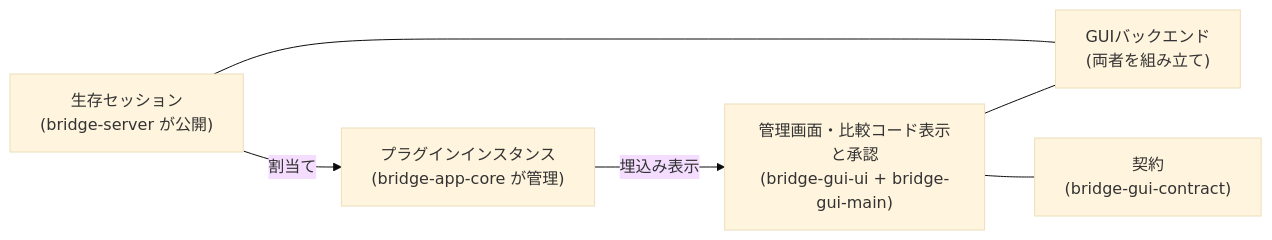
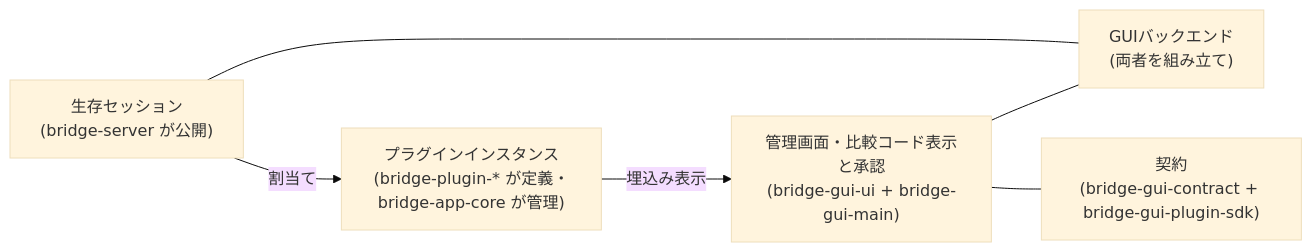
The diagram in design/bridge-app.md (WebXR-JP/xrift-bridge), drawn with Mermaid (base theme) before and after one commit. The commit also changed other lines of this file and 6 other files, not shown here.

````diff
--- a/design/bridge-app.md
+++ b/design/bridge-app.md
@@ -7,8 +7,8 @@
 ```mermaid
 flowchart LR
-    S["生存セッション<br/>(bridge-server が公開)"] -->|"割当て"| P["プラグインインスタンス<br/>(bridge-app-core が管理)"]
+    S["生存セッション<br/>(bridge-server が公開)"] -->|"割当て"| P["プラグインインスタンス<br/>(bridge-plugin-* が定義・bridge-app-core が管理)"]
     P -->|"埋込み表示"| G["管理画面・比較コード表示と承認<br/>(bridge-gui-ui + bridge-gui-main)"]
     G --- B["GUIバックエンド<br/>(両者を組み立て)"]
     B --- S
-    G --- C["契約<br/>(bridge-gui-contract)"]
+    G --- C["契約<br/>(bridge-gui-contract + bridge-gui-plugin-sdk)"]
 ```
````
